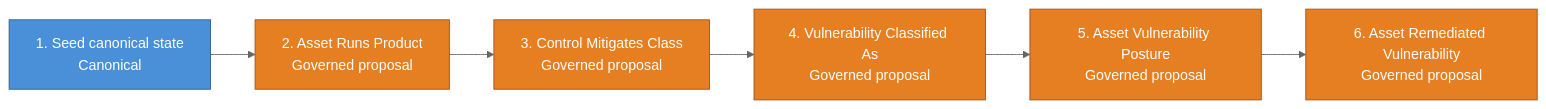
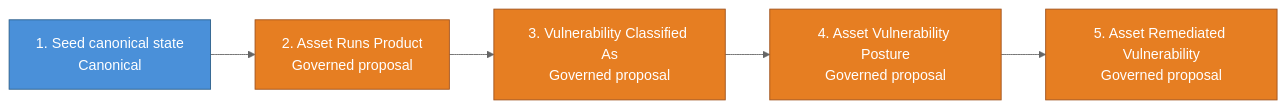
One commit to cruxible-ai/cruxible changed the second of 3 diagrams in kits/kev-triage/README.md. Above: the diagram before and after it, drawn with Mermaid (neutral theme). The commit also changed other lines of this file and 11 other files, not shown here.

````diff
--- a/kits/kev-triage/README.md
+++ b/kits/kev-triage/README.md
@@ -90,19 +89,17 @@
 ```mermaid
 flowchart LR
   classDef canonicalWorkflow fill:#4a90d9,stroke:#2c5f8a,color:#fff
   classDef governedWorkflow fill:#e67e22,stroke:#a0521c,color:#fff
 
   workflow_pipeline_build_local_state["1. Seed canonical state<br/>Canonical"]
   workflow_pipeline_propose_asset_products["2. Asset Runs Product<br/>Governed proposal"]
-  workflow_pipeline_propose_control_mitigates_class["3. Control Mitigates Class<br/>Governed proposal"]
-  workflow_pipeline_propose_vulnerability_classification["4. Vulnerability Classified As<br/>Governed proposal"]
-  workflow_pipeline_propose_asset_exposure["5. Asset Vulnerability Posture<br/>Governed proposal"]
-  workflow_pipeline_propose_exposure_reconciliation["6. Asset Remediated Vulnerability<br/>Governed proposal"]
+  workflow_pipeline_propose_vulnerability_classification["3. Vulnerability Classified As<br/>Governed proposal"]
+  workflow_pipeline_propose_asset_exposure["4. Asset Vulnerability Posture<br/>Governed proposal"]
+  workflow_pipeline_propose_exposure_reconciliation["5. Asset Remediated Vulnerability<br/>Governed proposal"]
   workflow_pipeline_build_local_state --> workflow_pipeline_propose_asset_products
-  workflow_pipeline_propose_asset_products --> workflow_pipeline_propose_control_mitigates_class
-  workflow_pipeline_propose_control_mitigates_class --> workflow_pipeline_propose_vulnerability_classification
+  workflow_pipeline_propose_asset_products --> workflow_pipeline_propose_vulnerability_classification
   workflow_pipeline_propose_vulnerability_classification --> workflow_pipeline_propose_asset_exposure
   workflow_pipeline_propose_asset_exposure --> workflow_pipeline_propose_exposure_reconciliation
   class workflow_pipeline_build_local_state canonicalWorkflow
-  class workflow_pipeline_propose_asset_products,workflow_pipeline_propose_control_mitigates_class,workflow_pipeline_propose_vulnerability_classification,workflow_pipeline_propose_asset_exposure,workflow_pipeline_propose_exposure_reconciliation governedWorkflow
+  class workflow_pipeline_propose_asset_products,workflow_pipeline_propose_vulnerability_classification,workflow_pipeline_propose_asset_exposure,workflow_pipeline_propose_exposure_reconciliation governedWorkflow
 ```
````
